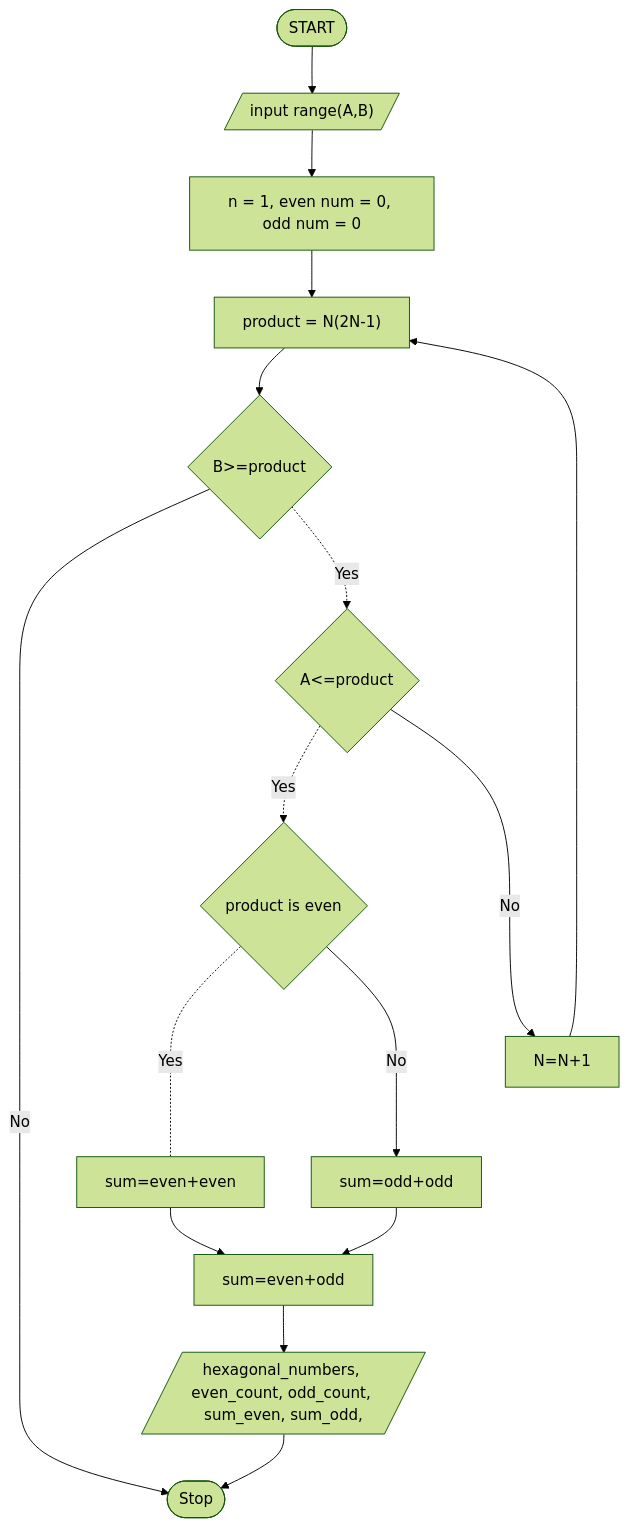
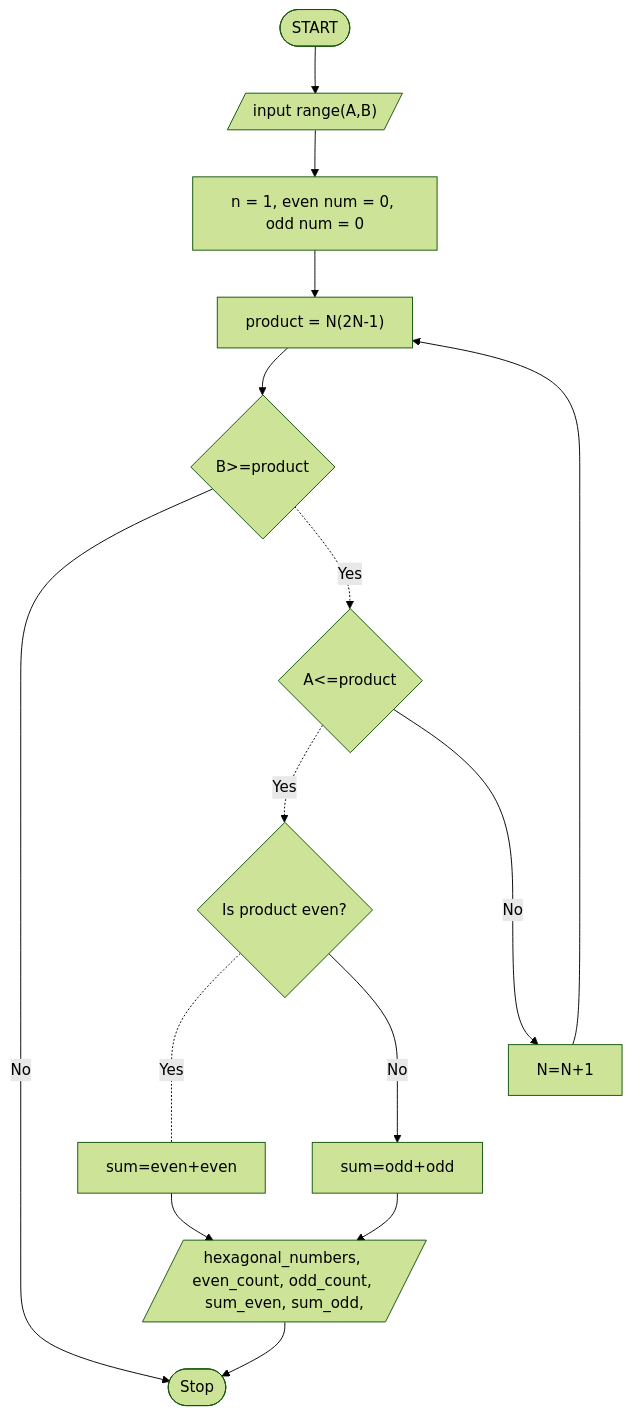
The diagram in flowchart/task1.md (gtugaw/comp1236project), drawn with Mermaid (forest theme) before and after one commit.

````diff
--- a/flowchart/task1.md
+++ b/flowchart/task1.md
@@ -8,19 +8,18 @@
 ```mermaid
 flowchart TD
     A([START]) 
     A --> B[/"input range(A,B)"/]
     B --> C["n = 1, even num = 0, odd num = 0"]
     C --> D["product = N(2N-1)"]
     D --> E{"B>=product"}
     E --Noo--> N
     E -.Yes.-> G{"A<=product"}
-    G -.Yes.-> H{"product is even"}
+    G -.Yes.-> H{"Is product even?"}
     G --Noo--> I["N=N+1"]
     I --> D
     H -.Yes.- J["sum=even+even"]
     H --Noo--> K["sum=odd+odd"]
-    J --> L["sum=even+odd"]
-    K --> L["sum=even+odd"]
-    L --> M[/"hexagonal_numbers, even_count, odd_count, sum_even, sum_odd,"/] 
+    K --> M
+    J --> M[/"hexagonal_numbers, even_count, odd_count, sum_even, sum_odd,"/] 
     M --> N([Stop])
 ```
````
